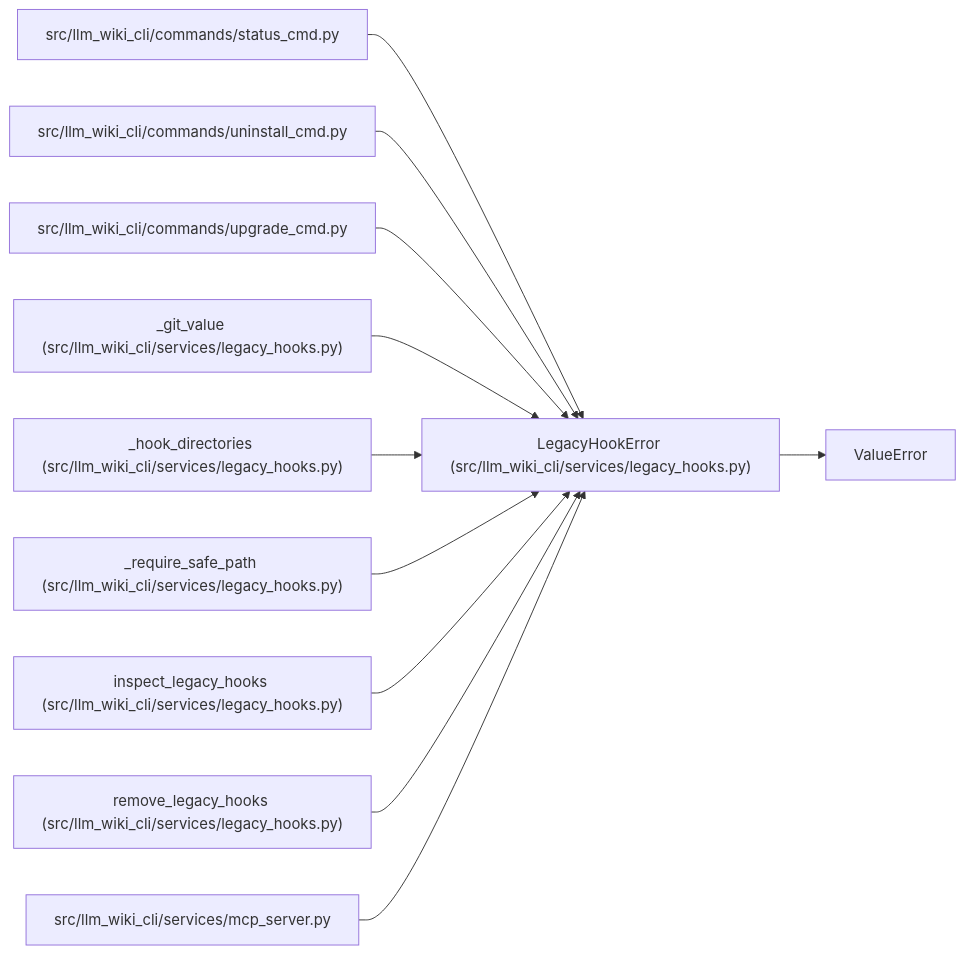
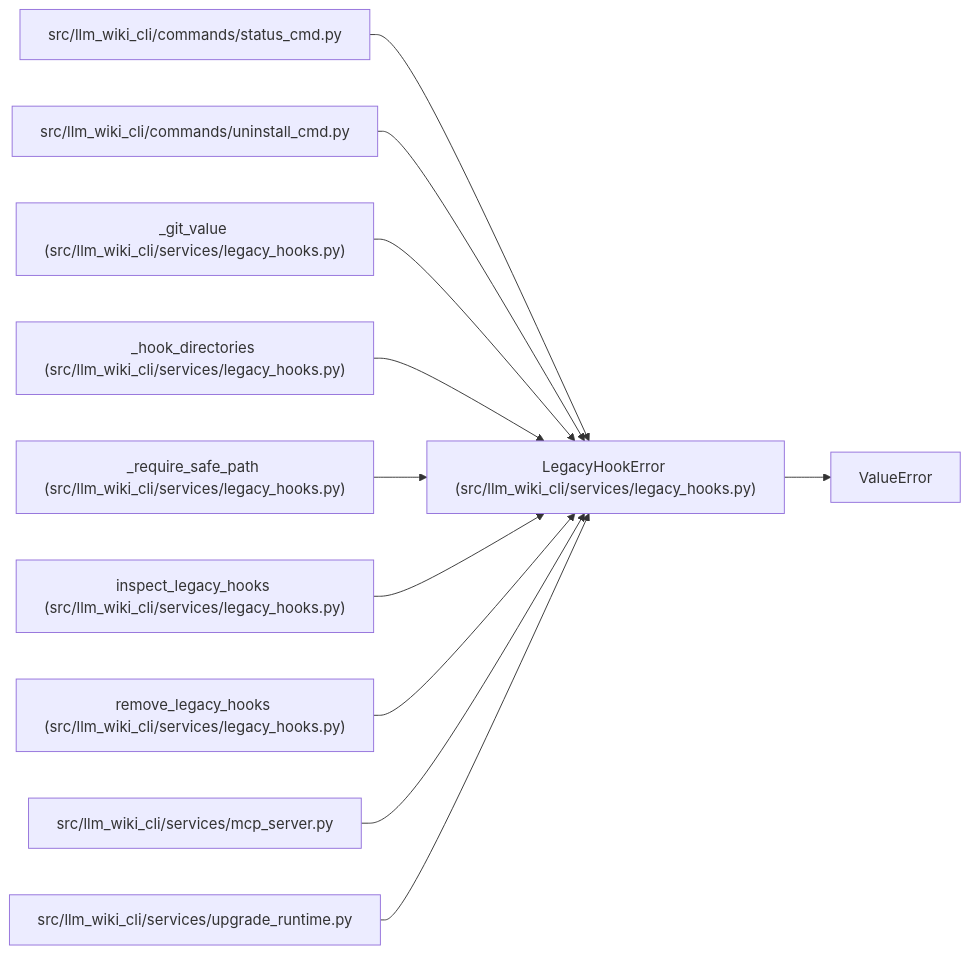
Before and after one commit to Denissvgn/python-wiki-llm: the diagram in docs/llm_wiki/entities/LegacyHookError.md, drawn with Mermaid. The commit also changed other lines of this file and 1555 other files, not shown here.

````diff
--- a/docs/llm_wiki/entities/LegacyHookError.md
+++ b/docs/llm_wiki/entities/LegacyHookError.md
@@ -23,34 +23,34 @@
 ```mermaid
 flowchart LR
     n0["LegacyHookError (src/llm_wiki_cli/services/legacy_hooks.py)"]
     n1["ValueError"]
     n2["src/llm_wiki_cli/commands/status_cmd.py"]
     n3["src/llm_wiki_cli/commands/uninstall_cmd.py"]
-    n4["src/llm_wiki_cli/commands/upgrade_cmd.py"]
-    n5["_git_value (src/llm_wiki_cli/services/legacy_hooks.py)"]
-    n6["_hook_directories (src/llm_wiki_cli/services/legacy_hooks.py)"]
-    n7["_require_safe_path (src/llm_wiki_cli/services/legacy_hooks.py)"]
-    n8["inspect_legacy_hooks (src/llm_wiki_cli/services/legacy_hooks.py)"]
-    n9["remove_legacy_hooks (src/llm_wiki_cli/services/legacy_hooks.py)"]
-    n10["src/llm_wiki_cli/services/mcp_server.py"]
+    n4["_git_value (src/llm_wiki_cli/services/legacy_hooks.py)"]
+    n5["_hook_directories (src/llm_wiki_cli/services/legacy_hooks.py)"]
+    n6["_require_safe_path (src/llm_wiki_cli/services/legacy_hooks.py)"]
+    n7["inspect_legacy_hooks (src/llm_wiki_cli/services/legacy_hooks.py)"]
+    n8["remove_legacy_hooks (src/llm_wiki_cli/services/legacy_hooks.py)"]
+    n9["src/llm_wiki_cli/services/mcp_server.py"]
+    n10["src/llm_wiki_cli/services/upgrade_runtime.py"]
     n0 --> n1
     n2 --> n0
     n3 --> n0
     n4 --> n0
     n5 --> n0
     n6 --> n0
     n7 --> n0
     n8 --> n0
     n9 --> n0
     n10 --> n0
     click n0 "../modules/legacy_hooks.md"
     click n2 "../modules/status_cmd.md"
     click n3 "../modules/uninstall_cmd.md"
-    click n4 "../modules/upgrade_cmd.md"
+    click n4 "../modules/legacy_hooks.md"
     click n5 "../modules/legacy_hooks.md"
     click n6 "../modules/legacy_hooks.md"
     click n7 "../modules/legacy_hooks.md"
     click n8 "../modules/legacy_hooks.md"
-    click n9 "../modules/legacy_hooks.md"
-    click n10 "../modules/mcp_server.md"
+    click n9 "../modules/mcp_server.md"
+    click n10 "../modules/upgrade_runtime.md"
 ```
````
